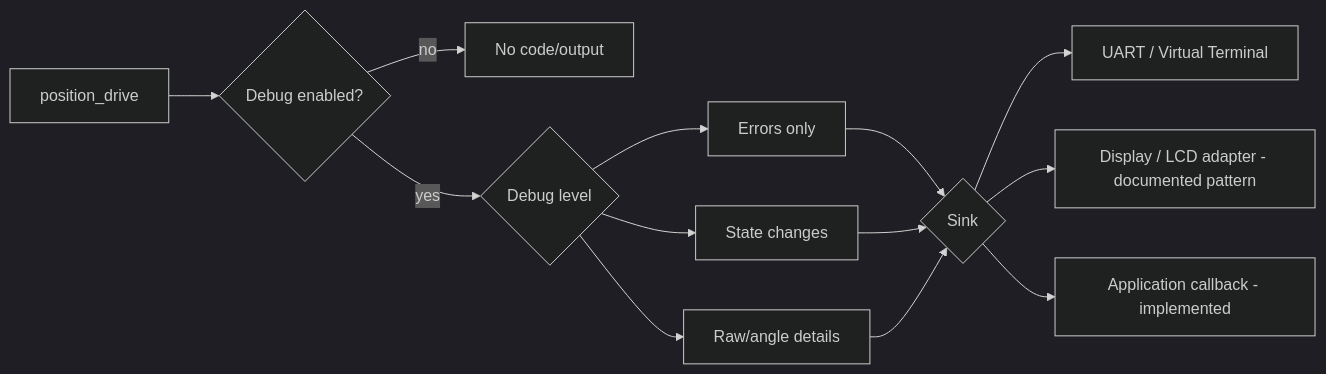
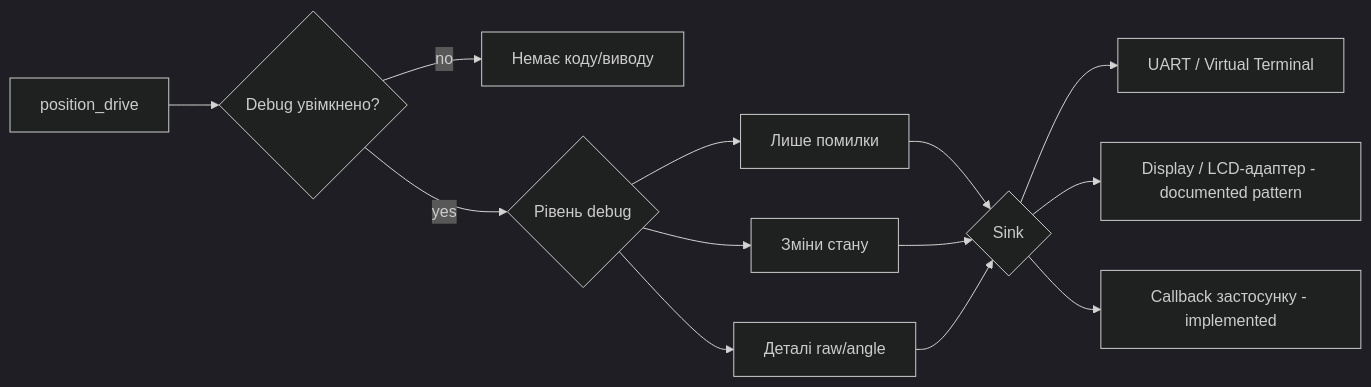
Before and after one commit to anatoliWeb/pic-platform: the eighth of 9 diagrams in docs/libraries/actuator/position_drive.ua.md, drawn with Mermaid (dark theme). The commit also changed other lines of this file and 3 other files, not shown here.

First line of the commit message:
docs(position-drive): translate Mermaid labels to Ukrainian in UA docs

````diff
--- a/docs/libraries/actuator/position_drive.ua.md
+++ b/docs/libraries/actuator/position_drive.ua.md
@@ -333,15 +332,15 @@
 ```mermaid
 flowchart LR
-    PD[position_drive] --> D{Debug enabled?}
-    D -- no --> NONE[No code/output]
-    D -- yes --> L{Debug level}
-    L --> ERR[Errors only]
-    L --> INFO[State changes]
-    L --> TRACE[Raw/angle details]
+    PD[position_drive] --> D{Debug увімкнено?}
+    D -- no --> NONE[Немає коду/виводу]
+    D -- yes --> L{Рівень debug}
+    L --> ERR[Лише помилки]
+    L --> INFO[Зміни стану]
+    L --> TRACE[Деталі raw/angle]
     ERR --> S{Sink}
     INFO --> S
     TRACE --> S
     S --> UART[UART / Virtual Terminal]
-    S --> DISPLAY[Display / LCD adapter - documented pattern]
-    S --> CB[Application callback - implemented]
+    S --> DISPLAY[Display / LCD-адаптер - documented pattern]
+    S --> CB[Callback застосунку - implemented]
 ```
````
